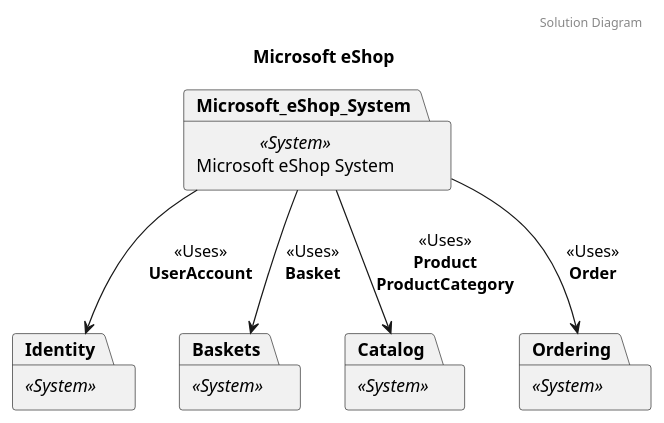
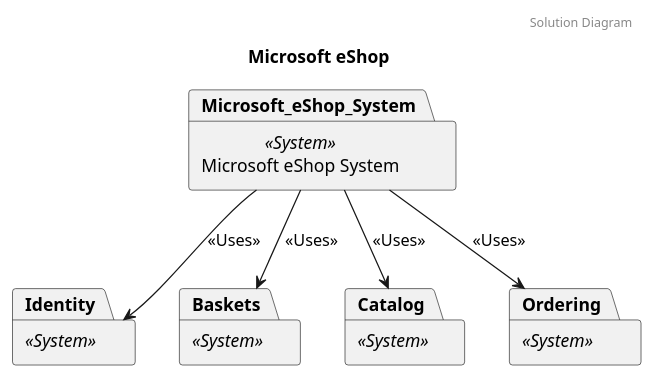
Before and after one commit to garrettsutula/example-trellis-project: the fourth of 5 diagrams in diagrams/solutions/Microsoft_eShop.puml, drawn with PlantUML. The commit also changed 10 other files, not shown here.

```diff
--- a/diagrams/solutions/Microsoft_eShop.puml
+++ b/diagrams/solutions/Microsoft_eShop.puml
@@ -183,13 +183,13 @@
 @startuml Solution System Diagram Microsoft eShop
 header Solution Diagram
 title Microsoft eShop
 package "Identity" as Identity <<System>>
 package "Baskets" as Baskets <<System>>
 package "Catalog" as Catalog <<System>>
 package "Ordering" as Ordering <<System>>
 package "Microsoft eShop System" as Microsoft_eShop_System <<System>>
-	Microsoft_eShop_System --> Baskets: <<Uses>>\n**Basket**
-	Microsoft_eShop_System --> Catalog: <<Uses>>\n**Product**\n**ProductCategory**
-	Microsoft_eShop_System --> Ordering: <<Uses>>\n**Order**
-	Microsoft_eShop_System --> Identity: <<Uses>>\n**UserAccount**
+	Microsoft_eShop_System --> Baskets: <<Uses>>
+	Microsoft_eShop_System --> Catalog: <<Uses>>
+	Microsoft_eShop_System --> Ordering: <<Uses>>
+	Microsoft_eShop_System --> Identity: <<Uses>>
 @enduml
```
